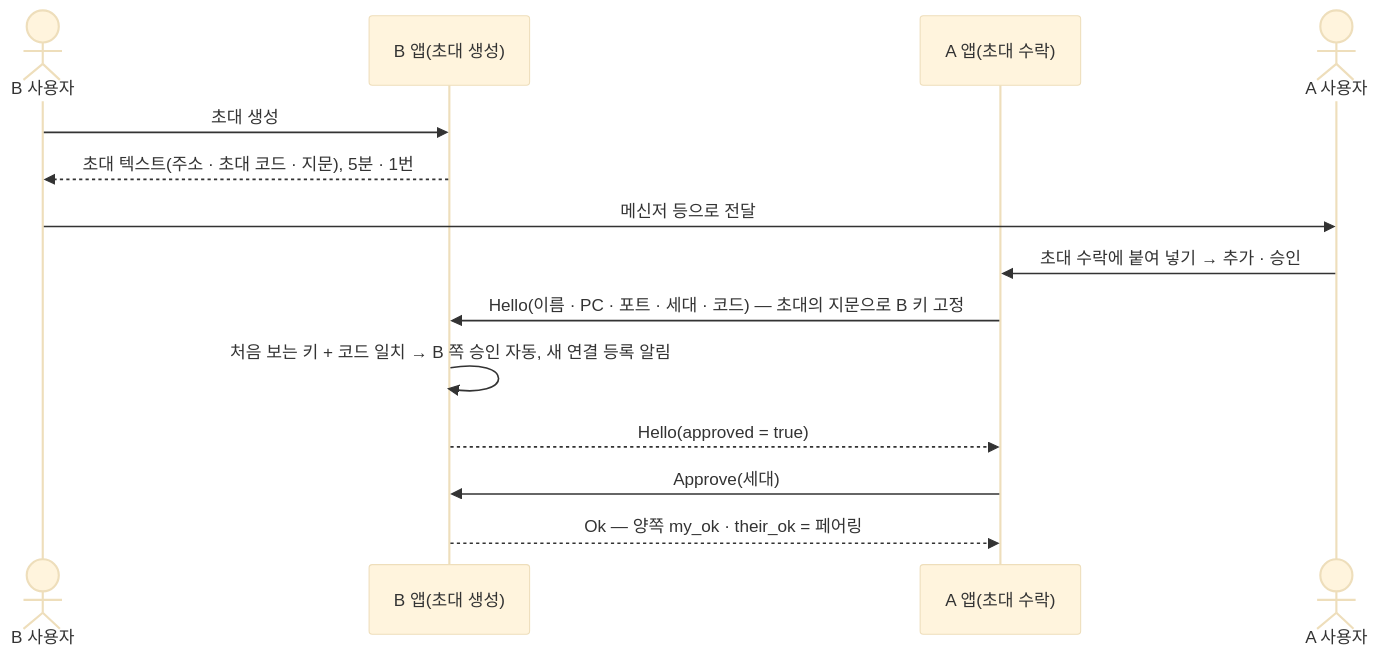
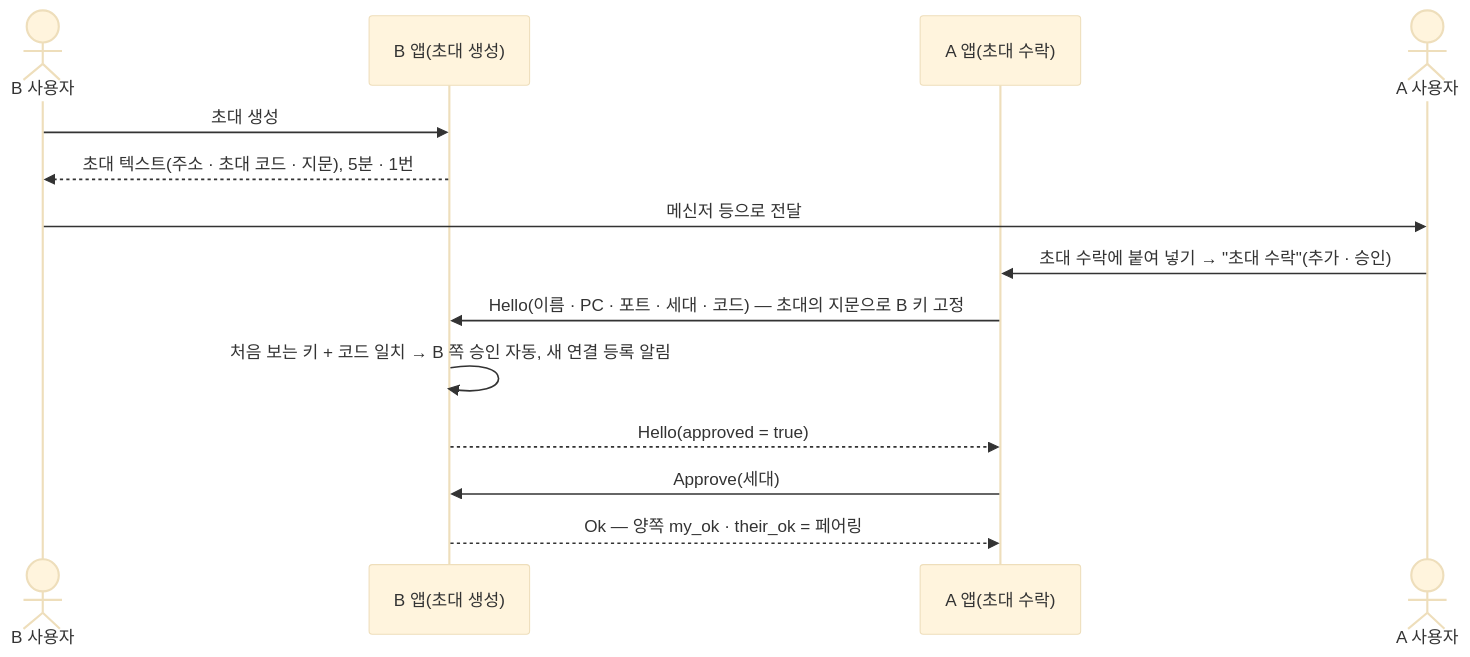
Before and after one commit to Softcamp-SaaS-RND/coworkAgent: the third of 10 diagrams in docs/manual/dev/developer-guide.md, drawn with Mermaid (base theme). The commit also changed other lines of this file and 60 other files, not shown here.

````diff
--- a/docs/manual/dev/developer-guide.md
+++ b/docs/manual/dev/developer-guide.md
@@ -424,16 +427,16 @@
 ```mermaid
 sequenceDiagram
   actor UB as B 사용자
   participant B as B 앱(초대 생성)
   participant A as A 앱(초대 수락)
   actor UA as A 사용자
   UB->>B: 초대 생성
   B-->>UB: 초대 텍스트(주소 · 초대 코드 · 지문), 5분 · 1번
   UB->>UA: 메신저 등으로 전달
-  UA->>A: 초대 수락에 붙여 넣기 → 추가 · 승인
+  UA->>A: 초대 수락에 붙여 넣기 → "초대 수락"(추가 · 승인)
   A->>B: Hello(이름 · PC · 포트 · 세대 · 코드) — 초대의 지문으로 B 키 고정
   B->>B: 처음 보는 키 + 코드 일치 → B 쪽 승인 자동, 새 연결 등록 알림
   B-->>A: Hello(approved = true)
   A->>B: Approve(세대)
   B-->>A: Ok — 양쪽 my_ok · their_ok = 페어링
 ```
````
